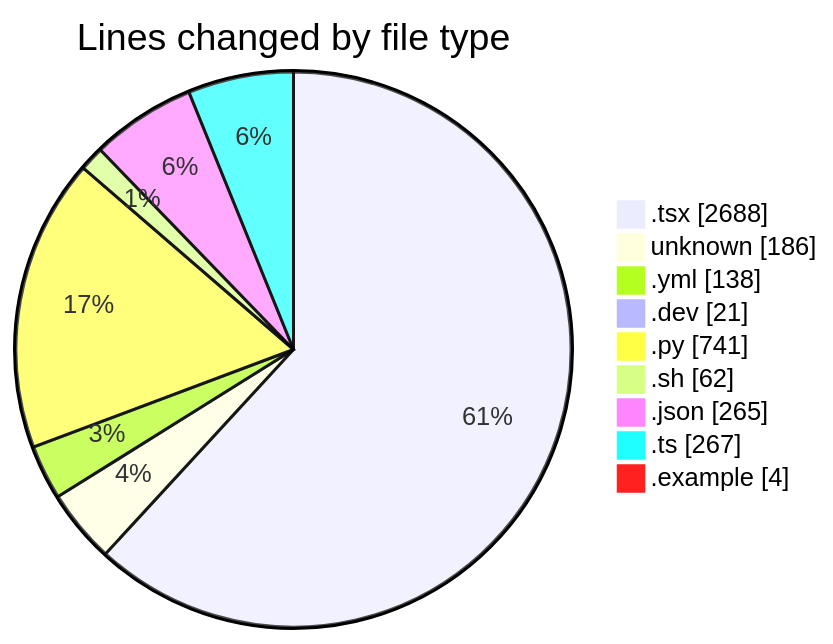
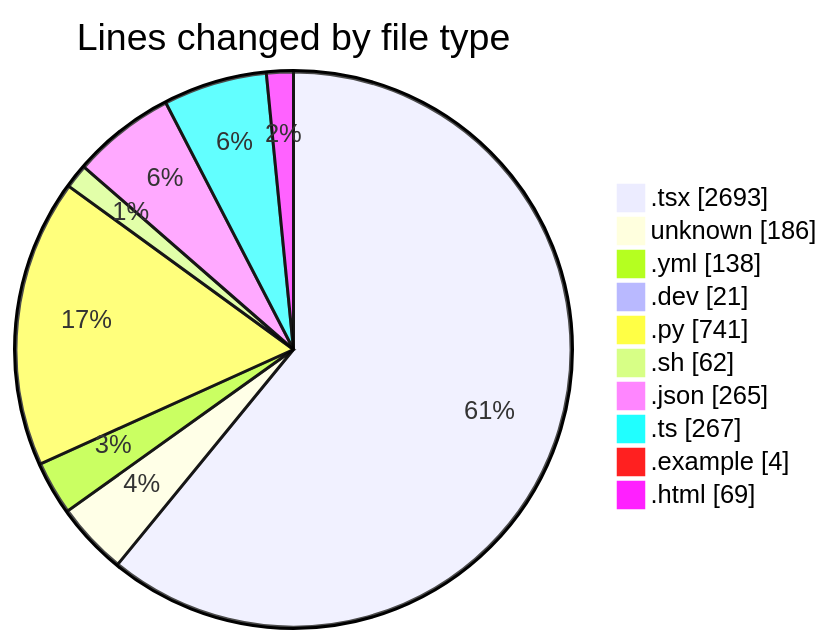
One commit to Elitesun/code-tracking changed the first of 2 diagrams in 2025-05-18/niten/README.md. Above: the diagram before and after it, drawn with Mermaid. The commit also changed other lines of this file and 1 other file, not shown here.

````diff
--- a/2025-05-18/niten/README.md
+++ b/2025-05-18/niten/README.md
@@ -50,13 +51,14 @@
 ```mermaid
 pie showData
 title Lines changed by file type
-".tsx" : 2688
+".tsx" : 2693
 "unknown" : 186
 ".yml" : 138
 ".dev" : 21
 ".py" : 741
 ".sh" : 62
 ".json" : 265
 ".ts" : 267
 ".example" : 4
+".html" : 69
 ```
````
